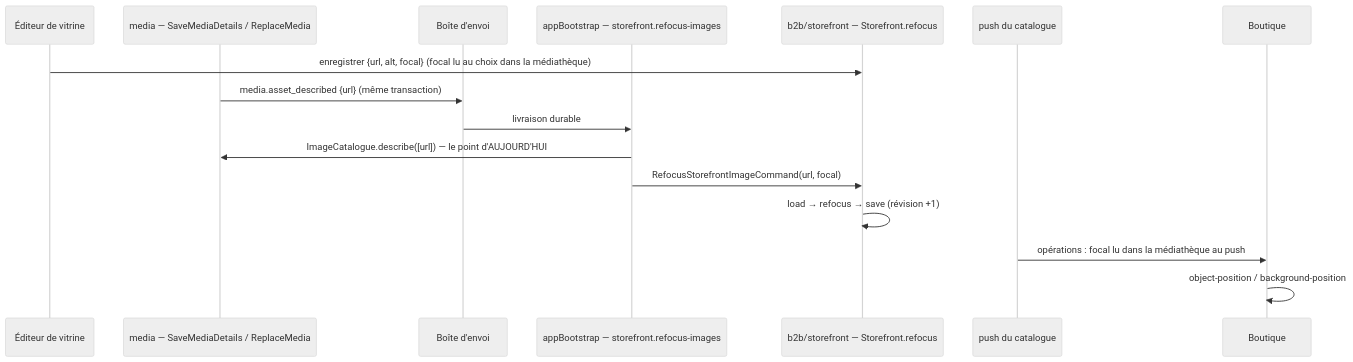
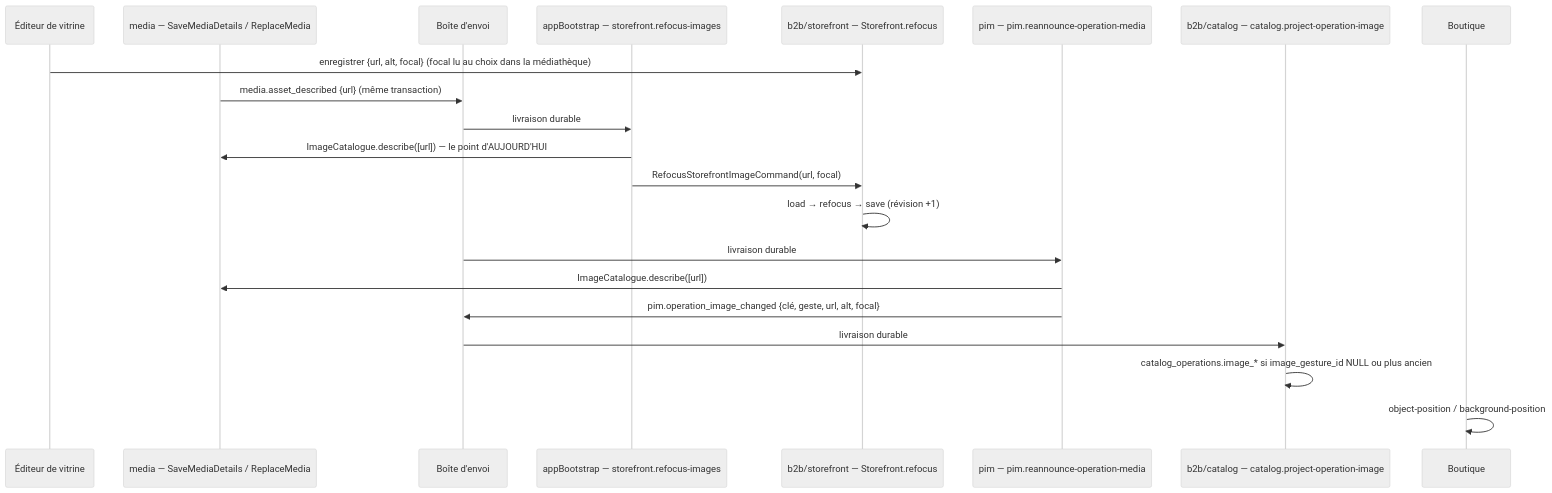
Before and after one commit to hugoheynard/lfd: the third of 4 diagrams in documentation/mediatheque/mediatheque.md, drawn with Mermaid (neutral theme). The commit also changed other lines of this file and 23 other files, not shown here.

First line of the commit message:
feat(mediatheque): des outils agent pour la médiathèque, et la lecture d'une image seule

````diff
--- a/documentation/mediatheque/mediatheque.md
+++ b/documentation/mediatheque/mediatheque.md
@@ -391,19 +398,24 @@
 ```mermaid
 sequenceDiagram
     participant ED as Éditeur de vitrine
     participant MED as media — SaveMediaDetails / ReplaceMedia
     participant OB as Boîte d'envoi
     participant RB as appBootstrap — storefront.refocus-images
     participant SF as b2b/storefront — Storefront.refocus
-    participant PUSH as push du catalogue
+    participant OP as pim — pim.reannounce-operation-media
+    participant CO as b2b/catalog — catalog.project-operation-image
     participant SHOP as Boutique
 
     ED->>SF: enregistrer {url, alt, focal} (focal lu au choix dans la médiathèque)
     MED->>OB: media.asset_described {url} (même transaction)
     OB->>RB: livraison durable
     RB->>MED: ImageCatalogue.describe([url]) — le point d'AUJOURD'HUI
     RB->>SF: RefocusStorefrontImageCommand(url, focal)
     SF->>SF: load → refocus → save (révision +1)
-    PUSH->>SHOP: opérations : focal lu dans la médiathèque au push
+    OB->>OP: livraison durable
+    OP->>MED: ImageCatalogue.describe([url])
+    OP->>OB: pim.operation_image_changed {clé, geste, url, alt, focal}
+    OB->>CO: livraison durable
+    CO->>CO: catalog_operations.image_* si image_gesture_id NULL ou plus ancien
     SHOP->>SHOP: object-position / background-position
 ```
````
